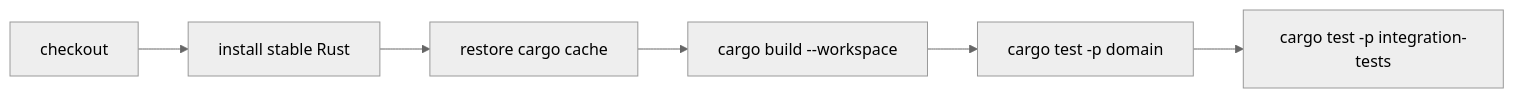
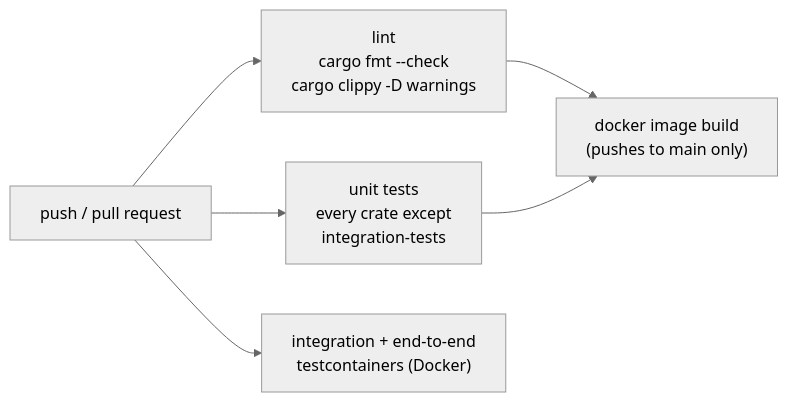
Diagram 13 of 14 in README.md (MuaazTasawar/pulsegrid), drawn with Mermaid (neutral theme) before and after one commit. The commit also changed other lines of this file and 4 other files, not shown here.

Commit message:
Phase 20: pinned toolchain, CI (lint, unit, integration, docker), Docker build cache and non-root user, README rewritten

````diff
--- a/README.md
+++ b/README.md
@@ -994,8 +1272,8 @@
 ```mermaid
 flowchart LR
-    A["checkout"] --> B["install stable Rust"]
-    B --> C["restore cargo cache"]
-    C --> D["cargo build --workspace"]
-    D --> E["cargo test -p domain"]
-    E --> F["cargo test -p integration-tests"]
+    P["push / pull request"] --> L["lint<br/>cargo fmt --check<br/>cargo clippy -D warnings"]
+    P --> U["unit tests<br/>every crate except<br/>integration-tests"]
+    P --> I["integration + end-to-end<br/>testcontainers (Docker)"]
+    L --> D["docker image build<br/>(pushes to main only)"]
+    U --> D
 ```
````
